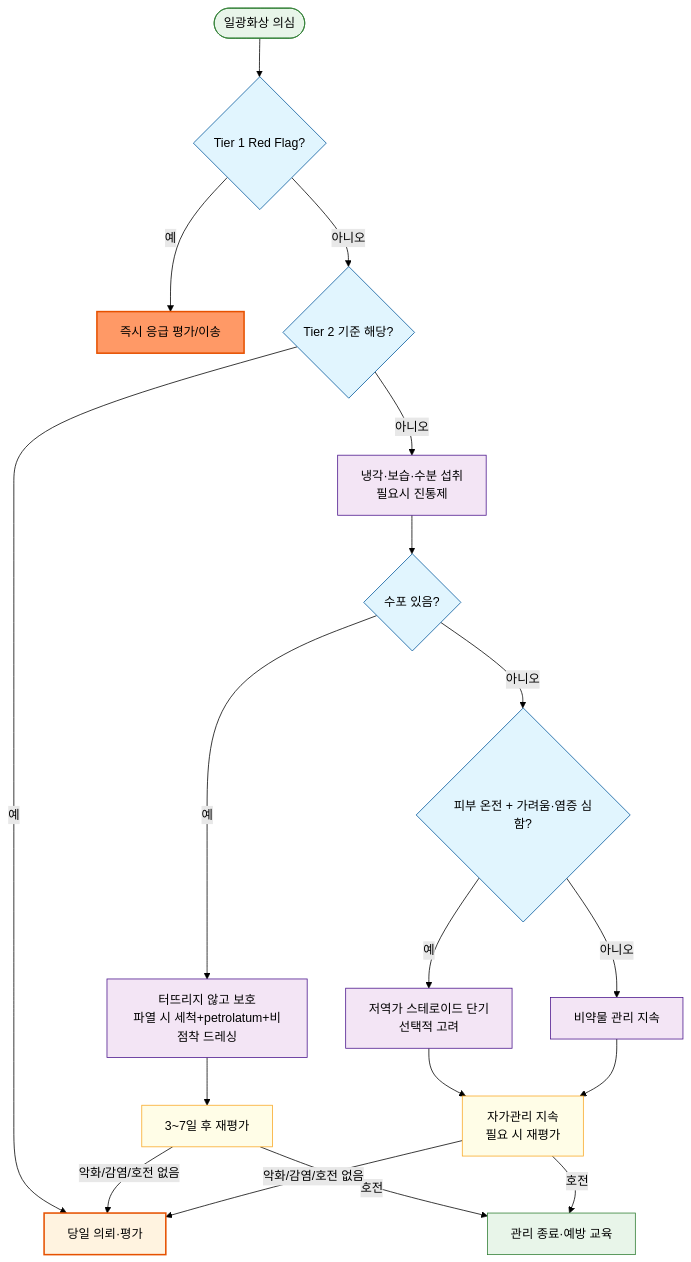
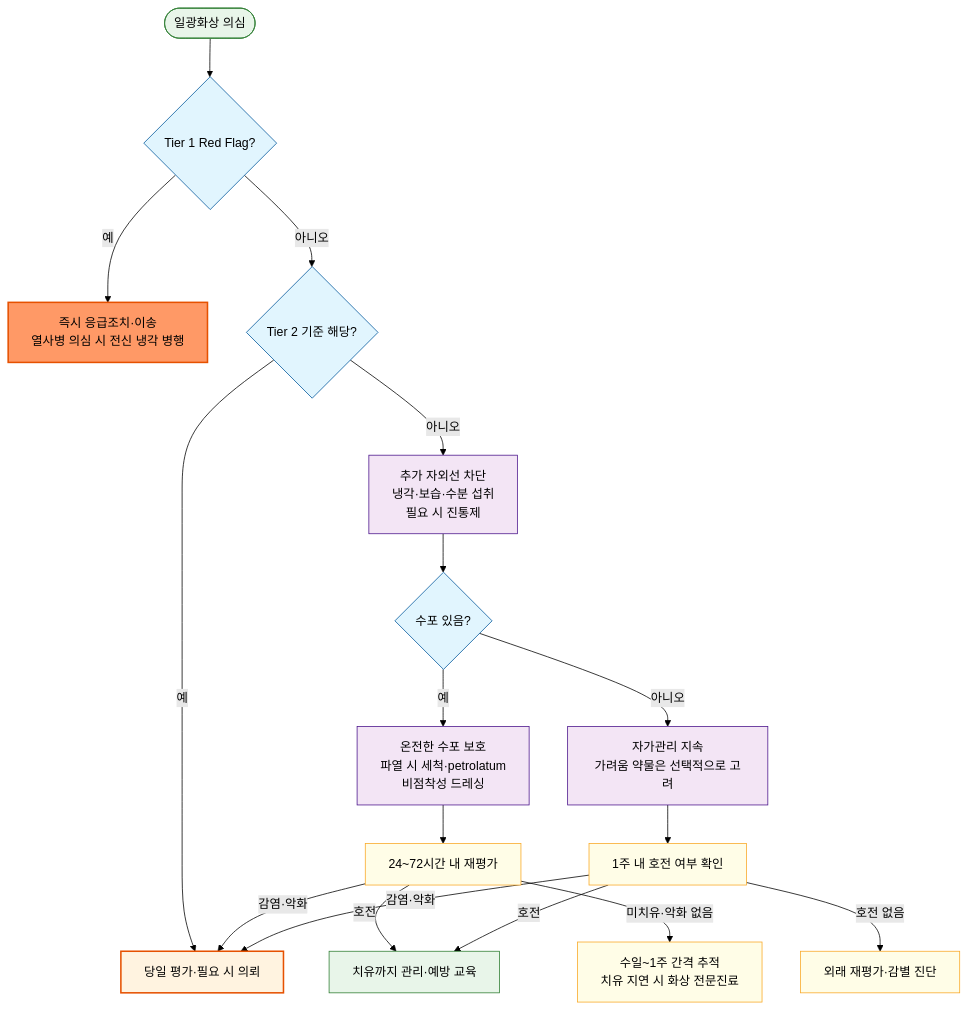
One commit to familyoh77/familyoh77 changed the diagram in 230_/207_-sunburn.md. Above: the diagram before and after it, drawn with Mermaid (forest theme). The commit also changed other lines of this file and 11 other files, not shown here.

````diff
--- a/230_/207_-sunburn.md
+++ b/230_/207_-sunburn.md
@@ -88,34 +89,33 @@
 ```mermaid
 graph TD
     A([일광화상 의심]) --> B{Tier 1 Red Flag?}
-    B -->|예| C[즉시 응급 평가/이송]
+    B -->|예| C[즉시 응급조치·이송<br>열사병 의심 시 전신 냉각 병행]
     B -->|아니오| D{Tier 2 기준 해당?}
-    D -->|예| E[당일 의뢰·평가]
-    D -->|아니오| F[냉각·보습·수분 섭취<br>필요시 진통제]
+    D -->|예| E[당일 평가·필요 시 의뢰]
+    D -->|아니오| F[추가 자외선 차단<br>냉각·보습·수분 섭취<br>필요 시 진통제]
     F --> G{수포 있음?}
-    G -->|예| H[터뜨리지 않고 보호<br>파열 시 세척+petrolatum+비점착 드레싱]
-    G -->|아니오| I{피부 온전 + 가려움·염증 심함?}
-    I -->|예| J[저역가 스테로이드 단기<br>선택적 고려]
-    I -->|아니오| K[비약물 관리 지속]
-    H --> L[3~7일 후 재평가]
-    J --> N[자가관리 지속<br>필요 시 재평가]
-    K --> N
-    L -->|호전| M[관리 종료·예방 교육]
-    L -->|악화/감염/호전 없음| E
+    G -->|예| H[온전한 수포 보호<br>파열 시 세척·petrolatum<br>비점착성 드레싱]
+    G -->|아니오| I[자가관리 지속<br>가려움 약물은 선택적으로 고려]
+    H --> L[24~72시간 내 재평가]
+    I --> N[1주 내 호전 여부 확인]
+    L -->|호전| M[치유까지 관리·예방 교육]
+    L -->|감염·악화| E
+    L -->|미치유·악화 없음| P[수일~1주 간격 추적<br>치유 지연 시 화상 전문진료]
     N -->|호전| M
-    N -->|악화/감염/호전 없음| E
+    N -->|호전 없음| O[외래 재평가·감별 진단]
+    N -->|감염·악화| E
     style A fill:#e8f5e9,stroke:#2e7d32,stroke-width:1px
     style B fill:#e1f5fe,stroke:#01579b,stroke-width:1px
     style C fill:#f96,stroke:#e65100,stroke-width:2px
     style D fill:#e1f5fe,stroke:#01579b,stroke-width:1px
     style E fill:#fff3e0,stroke:#e65100,stroke-width:2px
     style F fill:#f3e5f5,stroke:#4a148c,stroke-width:1px
     style G fill:#e1f5fe,stroke:#01579b,stroke-width:1px
     style H fill:#f3e5f5,stroke:#4a148c,stroke-width:1px
-    style I fill:#e1f5fe,stroke:#01579b,stroke-width:1px
-    style J fill:#f3e5f5,stroke:#4a148c,stroke-width:1px
-    style K fill:#f3e5f5,stroke:#4a148c,stroke-width:1px
+    style I fill:#f3e5f5,stroke:#4a148c,stroke-width:1px
     style L fill:#fffde7,stroke:#f9a825,stroke-width:1px
     style M fill:#e8f5e9,stroke:#2e7d32,stroke-width:1px
     style N fill:#fffde7,stroke:#f9a825,stroke-width:1px
+    style O fill:#fffde7,stroke:#f9a825,stroke-width:1px
+    style P fill:#fffde7,stroke:#f9a825,stroke-width:1px
 ```
````
